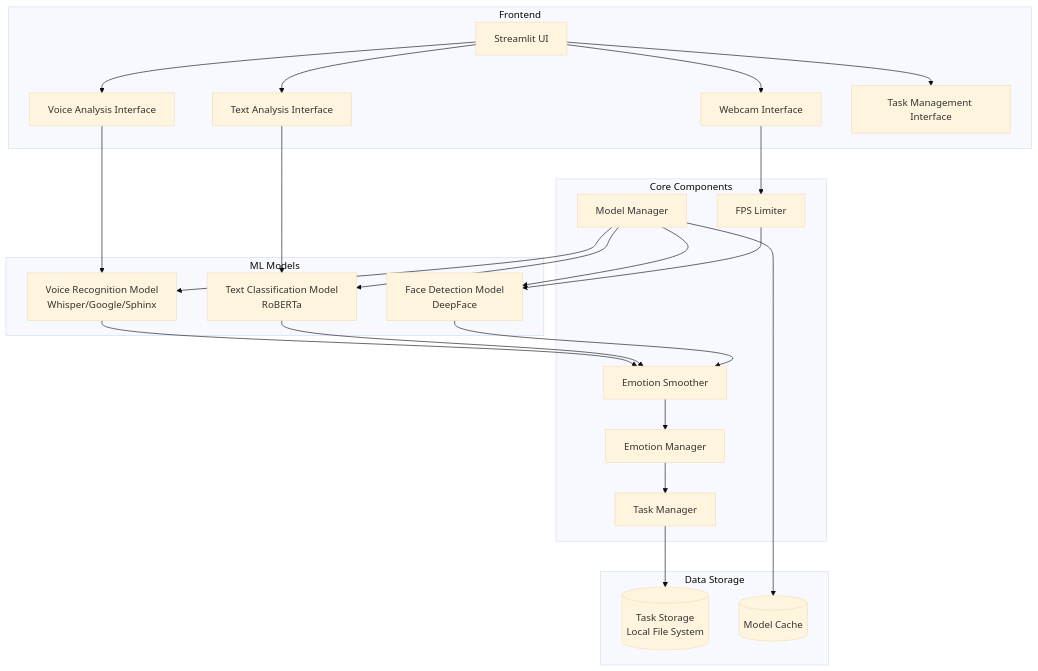
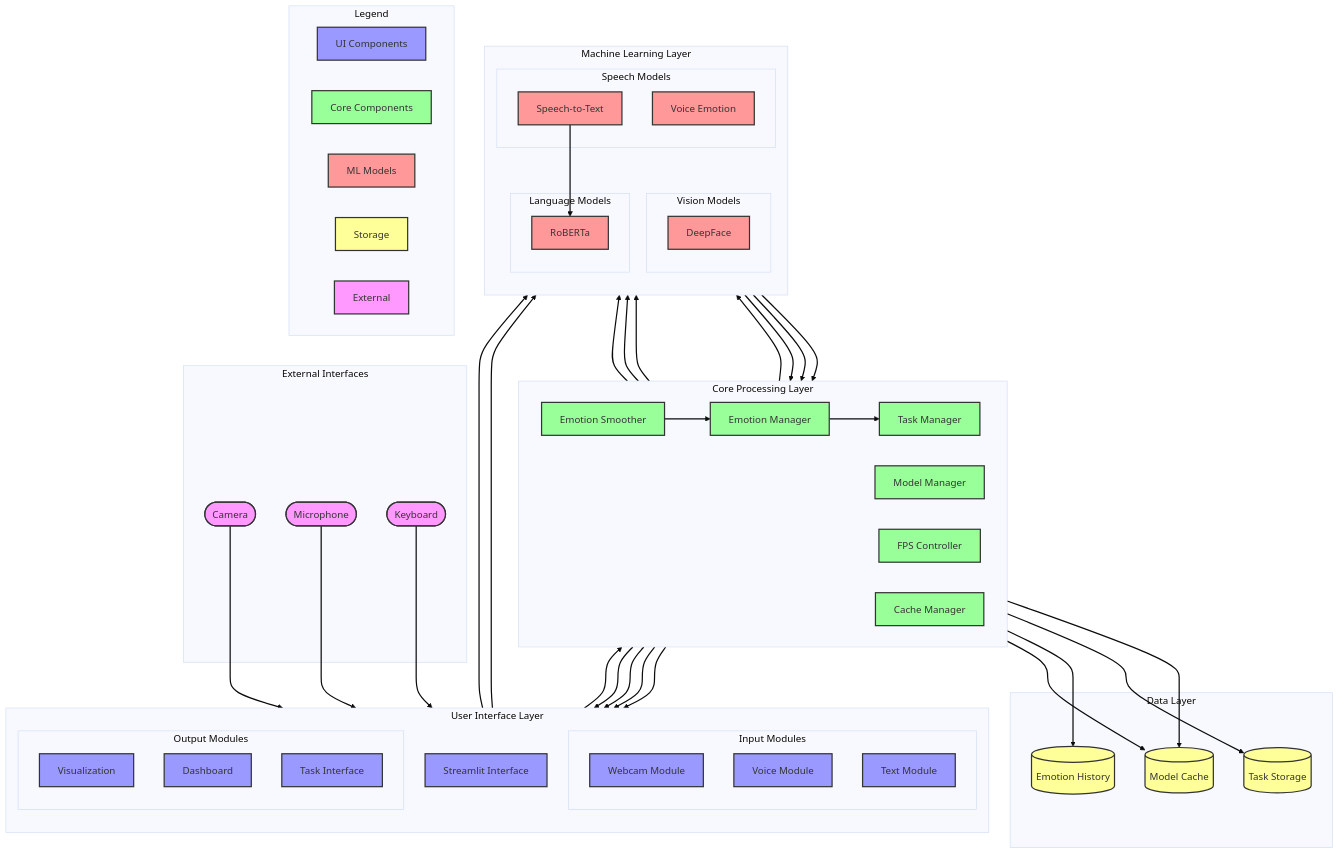
One commit to itsadithyav/Emotion-Detection changed the diagram in diagrams/ARCHITECTURE.md. Above: the diagram before and after it, drawn with Mermaid (base theme). The commit also changed other lines of this file, not shown here.

Commit message:
Refactor system architecture diagram for EmotiSense AI: update structure, enhance clarity, and improve component definitions.

````diff
--- a/diagrams/ARCHITECTURE.md
+++ b/diagrams/ARCHITECTURE.md
@@ -8,52 +8,114 @@
 ```mermaid
-graph TD
-    subgraph Frontend
-        UI[Streamlit UI]
-        WC[Webcam Interface]
-        TA[Text Analysis Interface]
-        VA[Voice Analysis Interface]
-        TM[Task Management Interface]
+graph TB
+    %% Styling
+    classDef external fill:#f9f,stroke:#333,stroke-width:2px
+    classDef storage fill:#ff9,stroke:#333,stroke-width:2px
+    classDef core fill:#9f9,stroke:#333,stroke-width:2px
+    classDef ui fill:#99f,stroke:#333,stroke-width:2px
+    classDef ml fill:#f99,stroke:#333,stroke-width:2px
+
+    %% External Components
+    subgraph External[External Interfaces]
+        Camera([Camera]):::external
+        Mic([Microphone]):::external
+        KB([Keyboard]):::external
     end
 
-    subgraph Core Components
-        EM[Emotion Manager]
-        MM[Model Manager]
-        TK[Task Manager]
-        ES[Emotion Smoother]
-        FPS[FPS Limiter]
+    %% Frontend Layer
+    subgraph Frontend[User Interface Layer]
+        direction TB
+        UI[Streamlit Interface]:::ui
+        
+        subgraph InputModules[Input Modules]
+            WC[Webcam Module]:::ui
+            VA[Voice Module]:::ui
+            TA[Text Module]:::ui
+        end
+        
+        subgraph OutputModules[Output Modules]
+            VIS[Visualization]:::ui
+            DASH[Dashboard]:::ui
+            TASK[Task Interface]:::ui
+        end
     end
 
-    subgraph ML Models
-        FM[Face Detection Model<br>DeepFace]
-        TXT[Text Classification Model<br>RoBERTa]
-        VM[Voice Recognition Model<br>Whisper/Google/Sphinx]
+    %% Core Processing
+    subgraph Core[Core Processing Layer]
+        direction LR
+        EM[Emotion Manager]:::core
+        MM[Model Manager]:::core
+        TK[Task Manager]:::core
+        ES[Emotion Smoother]:::core
+        FPS[FPS Controller]:::core
+        CACHE[Cache Manager]:::core
     end
 
-    subgraph Data Storage
-        TS[(Task Storage<br>Local File System)]
-        MC[(Model Cache)]
+    %% ML Models Layer
+    subgraph ML[Machine Learning Layer]
+        direction TB
+        subgraph Vision[Vision Models]
+            FM[DeepFace]:::ml
+        end
+        
+        subgraph Language[Language Models]
+            TXT[RoBERTa]:::ml
+        end
+        
+        subgraph Speech[Speech Models]
+            STT[Speech-to-Text]:::ml
+            VM[Voice Emotion]:::ml
+        end
     end
 
-    UI --> WC
-    UI --> TA
-    UI --> VA
-    UI --> TM
+    %% Data Storage
+    subgraph Storage[Data Layer]
+        TS[(Task Storage)]:::storage
+        MC[(Model Cache)]:::storage
+        ES_DB[(Emotion History)]:::storage
+    end
+
+    %% Connections
+    Camera --> WC
+    Mic --> VA
+    KB --> TA
 
     WC --> FPS
+    VA --> STT
+    TA --> TXT
+
     FPS --> FM
-    TA --> TXT
-    VA --> VM
-
-    FM --> ES
+    STT --> TXT
     TXT --> ES
     VM --> ES
+    FM --> ES
 
     ES --> EM
     EM --> TK
-    TK --> TS
+    TK --> TASK
 
     MM --> MC
     MM --> FM
     MM --> TXT
     MM --> VM
+
+    TK --> TS
+    EM --> ES_DB
+    CACHE --> MC
+
+    EM --> VIS
+    EM --> DASH
+    TK --> DASH
+
+    %% Data Flow Labels
+    linkStyle default stroke-width:2px
+    
+    %% Add notes
+    subgraph Legend
+        direction LR
+        UI_N[UI Components]:::ui
+        CORE_N[Core Components]:::core
+        ML_N[ML Models]:::ml
+        STORE_N[Storage]:::storage
+        EXT_N[External]:::external
+    end
 ```
````
